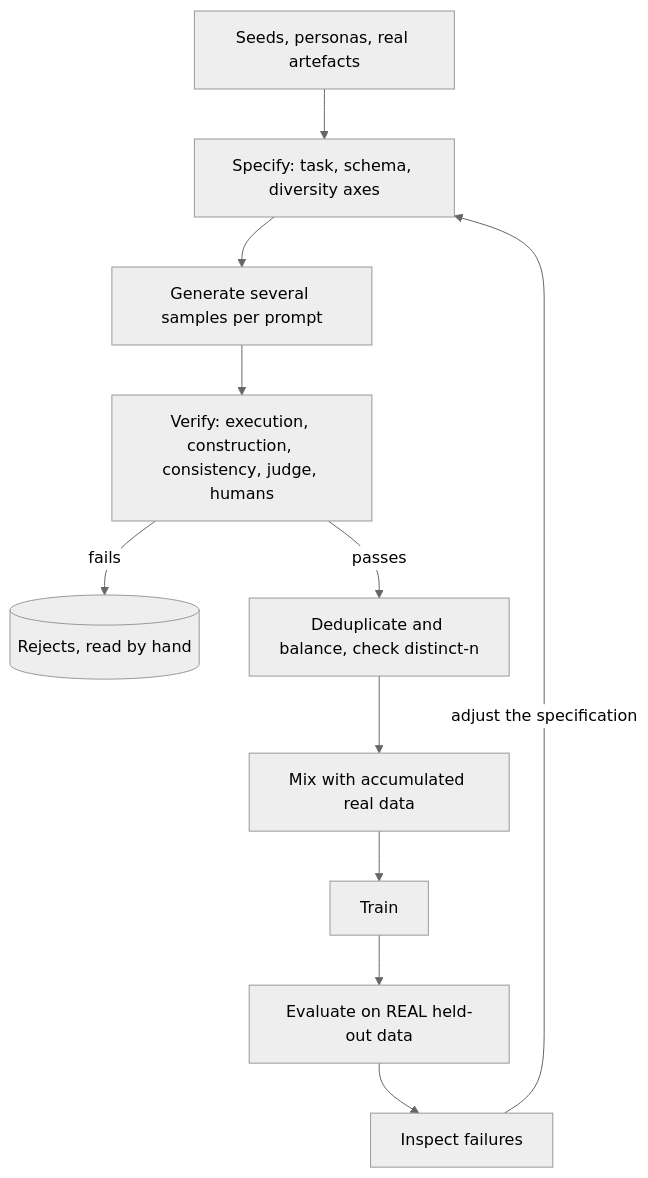
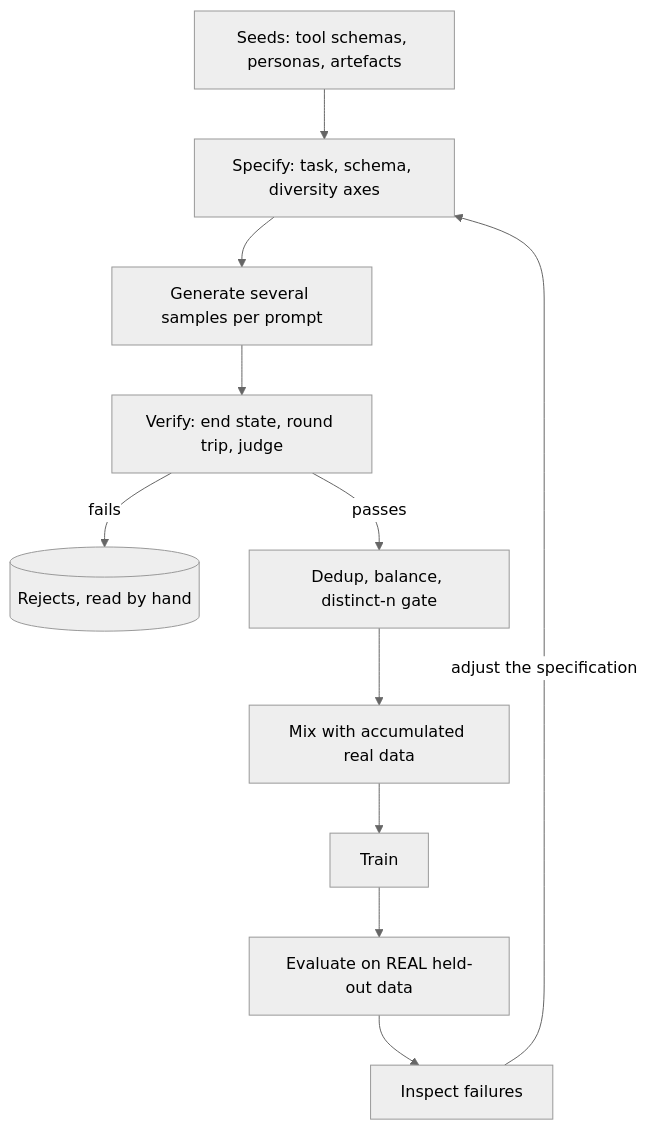
The diagram in content/training-adaptation/synthetic-data-generation.md (lovishmahajan97/agentic-learning), drawn with Mermaid (neutral theme) before and after one commit. The commit also changed other lines of this file and 454 other files, not shown here.

````diff
--- a/content/training-adaptation/synthetic-data-generation.md
+++ b/content/training-adaptation/synthetic-data-generation.md
@@ -155,13 +156,13 @@
 ```mermaid
 flowchart TD
-    S["Seeds, personas, real artefacts"] --> SP["Specify: task, schema, diversity axes"]
+    S["Seeds: tool schemas, personas, artefacts"] --> SP["Specify: task, schema, diversity axes"]
     SP --> G["Generate several samples per prompt"]
-    G --> V["Verify: execution, construction, consistency, judge, humans"]
+    G --> V["Verify: end state, round trip, judge"]
     V -->|"fails"| RJ[("Rejects, read by hand")]
-    V -->|"passes"| DD["Deduplicate and balance, check distinct-n"]
+    V -->|"passes"| DD["Dedup, balance, distinct-n gate"]
     DD --> MX["Mix with accumulated real data"]
     MX --> T["Train"]
     T --> E["Evaluate on REAL held-out data"]
     E --> F["Inspect failures"]
     F -->|"adjust the specification"| SP
 ```
````
